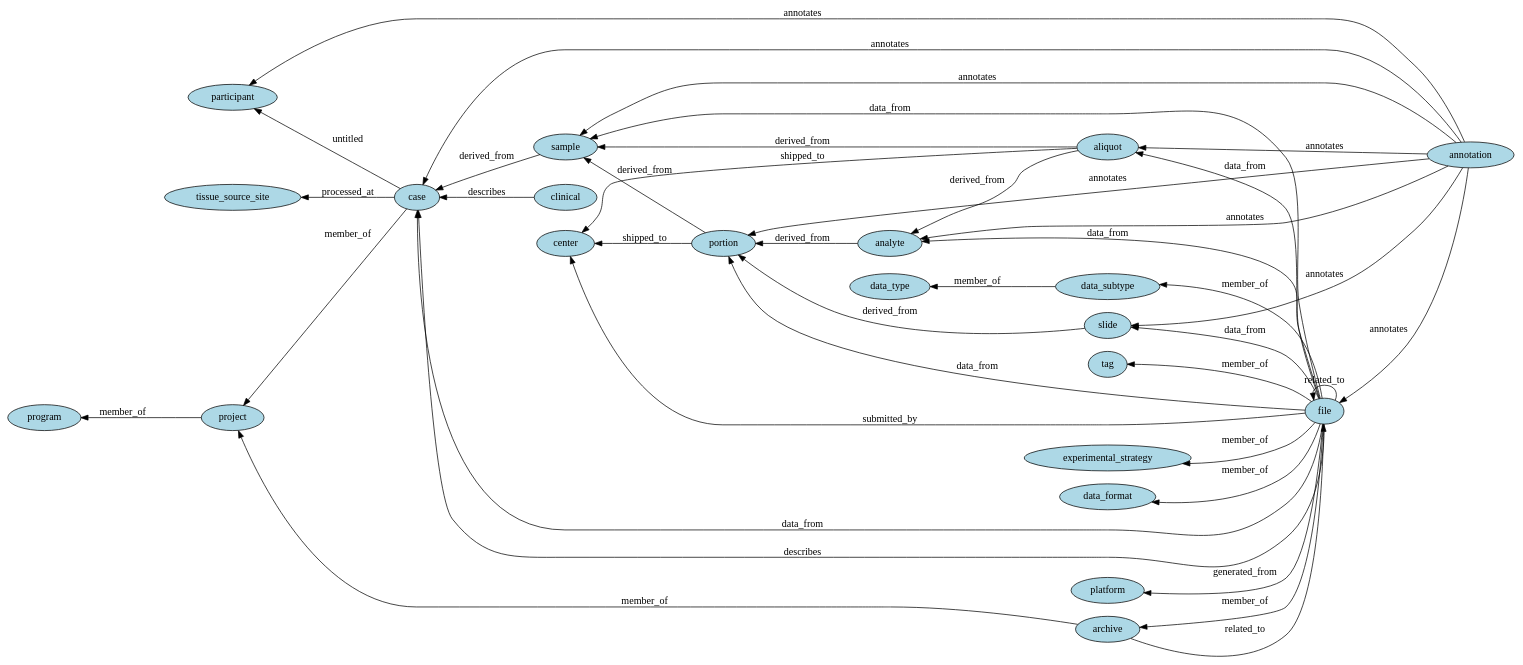
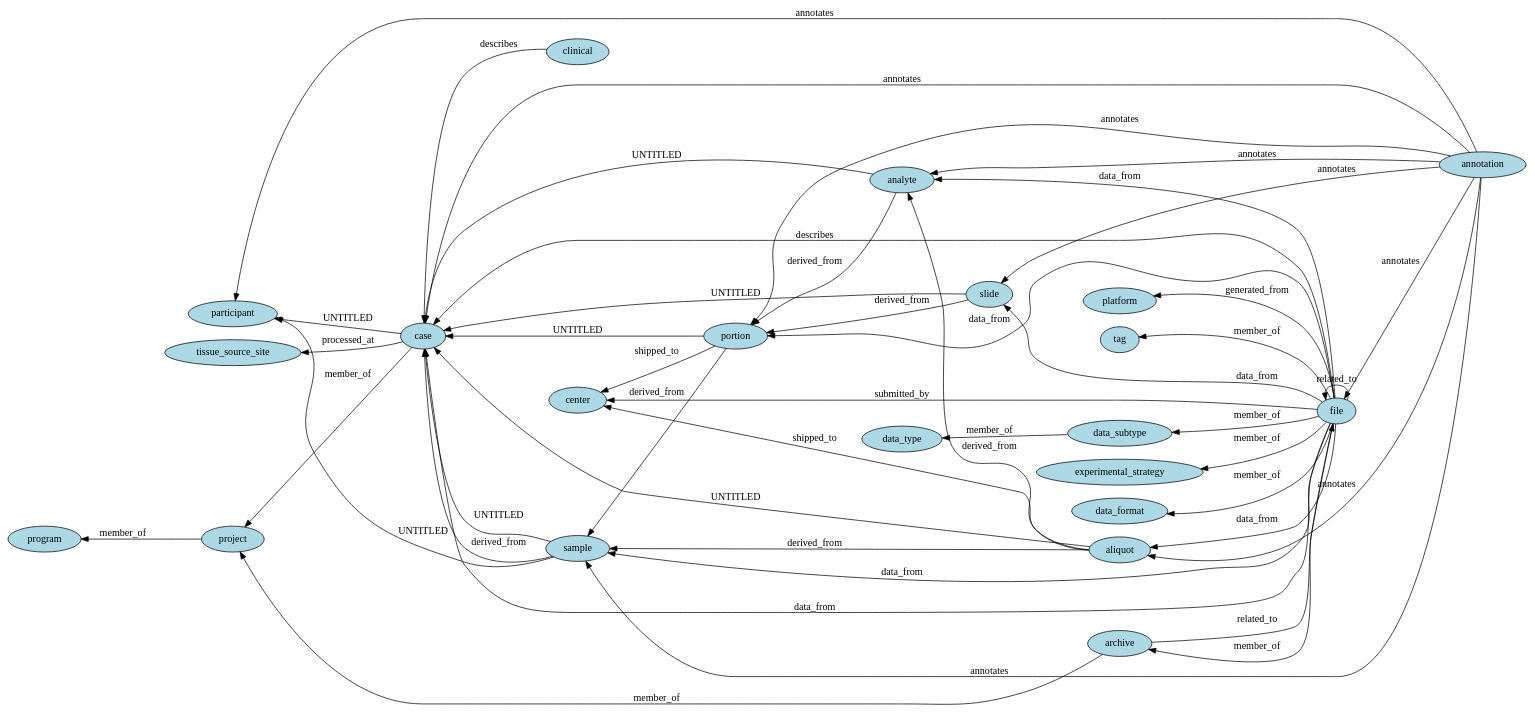
One commit to NCI-GDC/gdcdatamodel changed the diagram in docs/viz/gdc_data_model.gv. Above: the diagram before and after it, drawn with Graphviz. The commit also changed 3 other files, not shown here.

```diff
--- a/docs/viz/gdc_data_model.gv
+++ b/docs/viz/gdc_data_model.gv
@@ -1,65 +1,71 @@
 // High level graph representation of GDC data model
 digraph {
 	graph [rankdir=RL]
 	node [fillcolor=lightblue style=filled]
 		aliquot [label=aliquot]
 		analyte [label=analyte]
 		portion [label=portion]
 		sample [label=sample]
 		participant [label=participant]
 		project [label=project]
 		program [label=program]
 		center [label=center]
 		platform [label=platform]
 		data_type [label=data_type]
 		data_subtype [label=data_subtype]
 		tag [label=tag]
 		experimental_strategy [label=experimental_strategy]
 		data_format [label=data_format]
 		file [label=file]
 		archive [label=archive]
 		annotation [label=annotation]
 		clinical [label=clinical]
 		slide [label=slide]
 		tissue_source_site [label=tissue_source_site]
 		case [label=case]
 			aliquot -> analyte [label=derived_from]
 			aliquot -> sample [label=derived_from]
 			analyte -> portion [label=derived_from]
 			portion -> sample [label=derived_from]
 			sample -> case [label=derived_from]
 			slide -> portion [label=derived_from]
 			case -> project [label=member_of]
 			project -> program [label=member_of]
 			archive -> project [label=member_of]
 			file -> archive [label=member_of]
 			file -> experimental_strategy [label=member_of]
 			file -> data_subtype [label=member_of]
 			file -> data_format [label=member_of]
 			file -> tag [label=member_of]
 			data_subtype -> data_type [label=member_of]
 			case -> tissue_source_site [label=processed_at]
 			file -> platform [label=generated_from]
 			file -> aliquot [label=data_from]
 			file -> analyte [label=data_from]
 			file -> portion [label=data_from]
 			file -> sample [label=data_from]
 			file -> case [label=data_from]
 			file -> slide [label=data_from]
 			file -> file [label=related_to]
 			archive -> file [label=related_to]
 			file -> case [label=describes]
 			clinical -> case [label=describes]
 			annotation -> participant [label=annotates]
 			annotation -> case [label=annotates]
 			annotation -> sample [label=annotates]
 			annotation -> slide [label=annotates]
 			annotation -> portion [label=annotates]
 			annotation -> analyte [label=annotates]
 			annotation -> aliquot [label=annotates]
 			annotation -> file [label=annotates]
 			aliquot -> center [label=shipped_to]
 			portion -> center [label=shipped_to]
 			file -> center [label=submitted_by]
-			case -> participant [label=untitled]
+			case -> participant [label=UNTITLED]
+			sample -> case [label=UNTITLED]
+			portion -> case [label=UNTITLED]
+			aliquot -> case [label=UNTITLED]
+			analyte -> case [label=UNTITLED]
+			slide -> case [label=UNTITLED]
+			sample -> participant [label=UNTITLED]
 }
```
